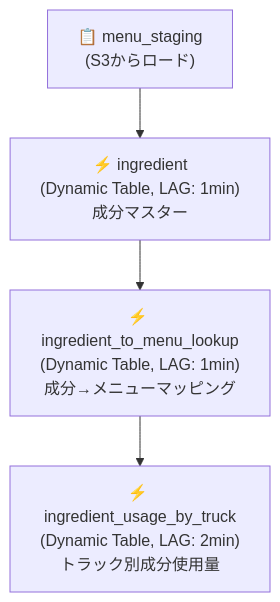
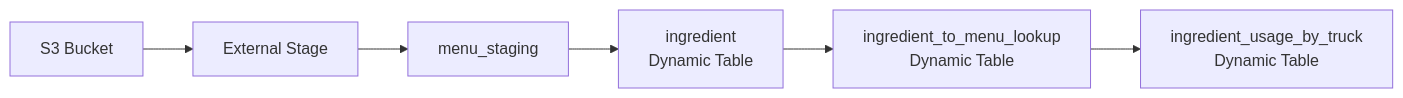
Before and after one commit to sfc-gh-kenokizono/Zero-to-Snowflake-Handson: the diagram in 02_data_pipelines/README.md, drawn with Mermaid. The commit also changed other lines of this file and 5 other files, not shown here.

````diff
--- a/02_data_pipelines/README.md
+++ b/02_data_pipelines/README.md
@@ -141,11 +41,8 @@
 ```mermaid
-flowchart TB
-    STG["📋 menu_staging<br/>(S3からロード)"]
-    DT1["⚡ ingredient<br/>(Dynamic Table, LAG: 1min)<br/>成分マスター"]
-    DT2["⚡ ingredient_to_menu_lookup<br/>(Dynamic Table, LAG: 1min)<br/>成分→メニューマッピング"]
-    DT3["⚡ ingredient_usage_by_truck<br/>(Dynamic Table, LAG: 2min)<br/>トラック別成分使用量"]
-    
-    STG --> DT1
-    DT1 --> DT2
-    DT2 --> DT3
+graph LR
+    S3[S3 Bucket] --> Stage[External Stage]
+    Stage --> Staging[menu_staging]
+    Staging --> DT1[ingredient<br/>Dynamic Table]
+    DT1 --> DT2[ingredient_to_menu_lookup<br/>Dynamic Table]
+    DT2 --> DT3[ingredient_usage_by_truck<br/>Dynamic Table]
 ```
````
